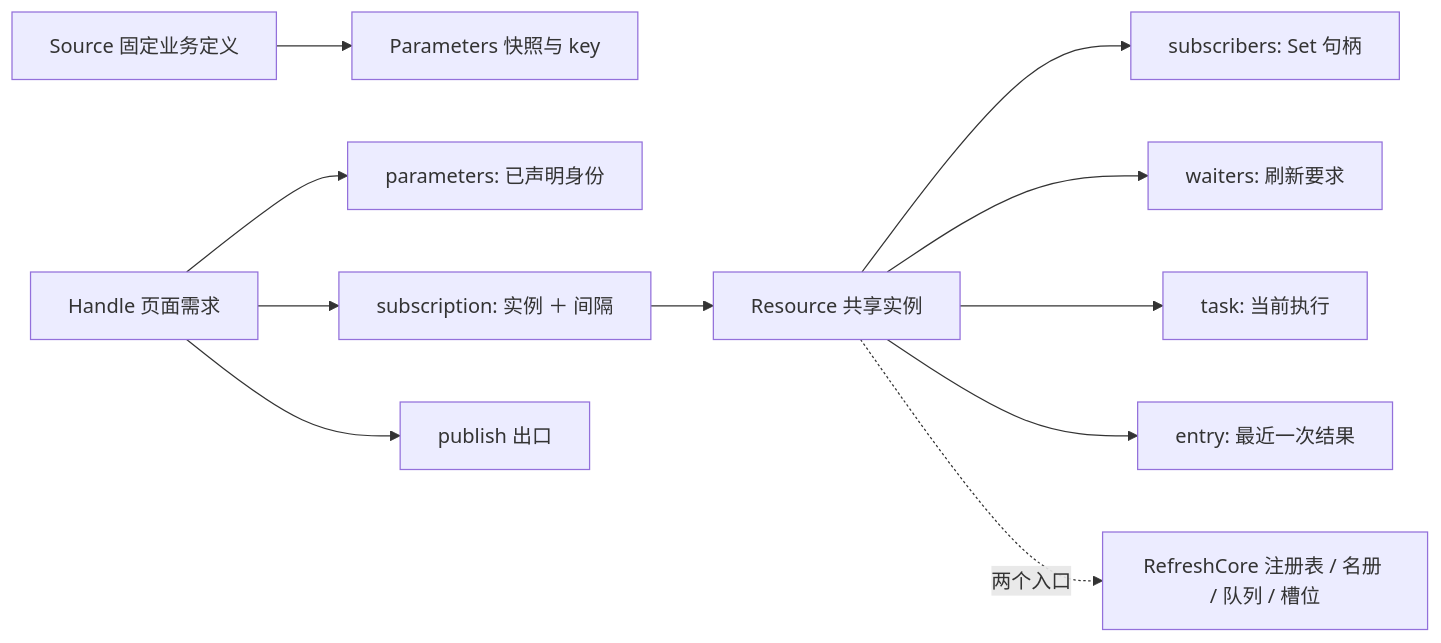
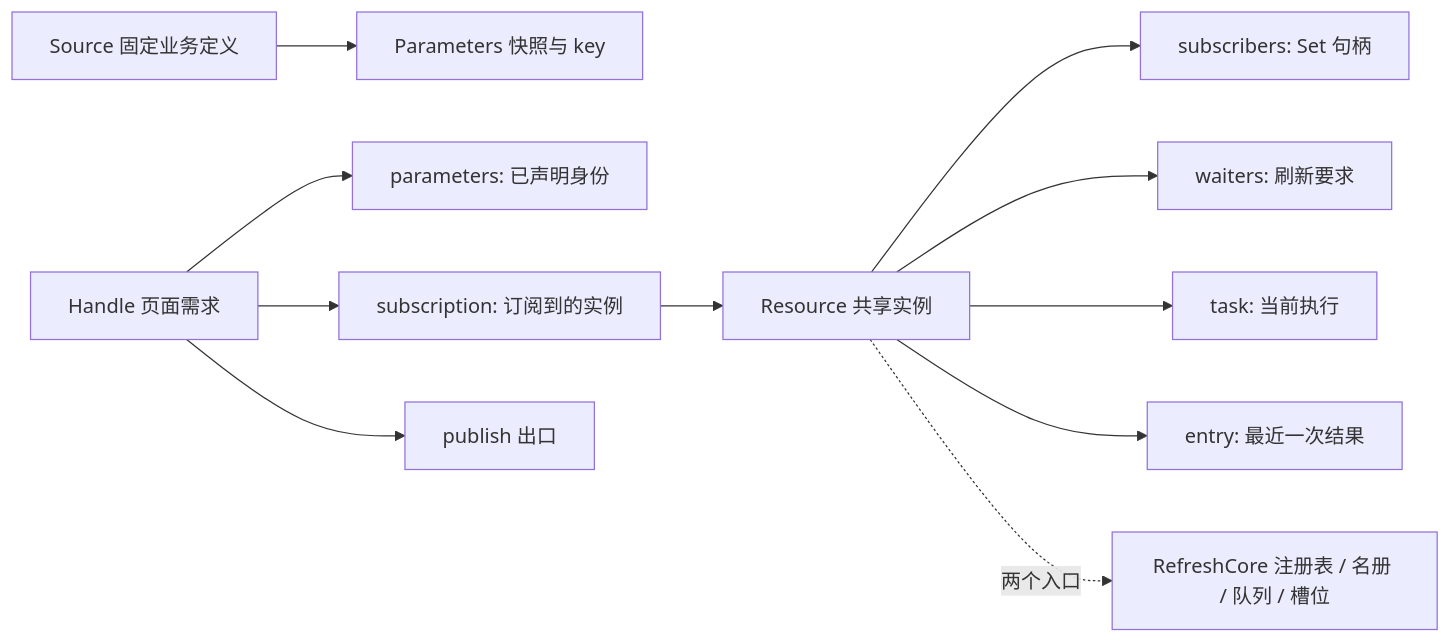
One commit to anjing0524/vue-refresh changed the diagram in DESIGN.md. Above: the diagram before and after it, drawn with Mermaid. The commit also changed other lines of this file and 11 other files, not shown here.

````diff
--- a/DESIGN.md
+++ b/DESIGN.md
@@ -77,13 +77,13 @@
 ```mermaid
 flowchart LR
   Source[Source 固定业务定义] --> Parameters[Parameters 快照与 key]
   Handle[Handle 页面需求] --> Params[parameters: 已声明身份]
-  Handle --> Sub[subscription: 实例 ＋ 间隔]
+  Handle --> Sub[subscription: 订阅到的实例]
   Handle --> Pub[publish 出口]
   Sub --> Resource[Resource 共享实例]
   Resource --> Subs[subscribers: Set 句柄]
   Resource --> Waiters[waiters: 刷新要求]
   Resource --> Task[task: 当前执行]
   Resource --> Entry[entry: 最近一次结果]
   Resource -. 两个入口 .-> Core[RefreshCore 注册表 / 名册 / 队列 / 槽位]
 ```
````
